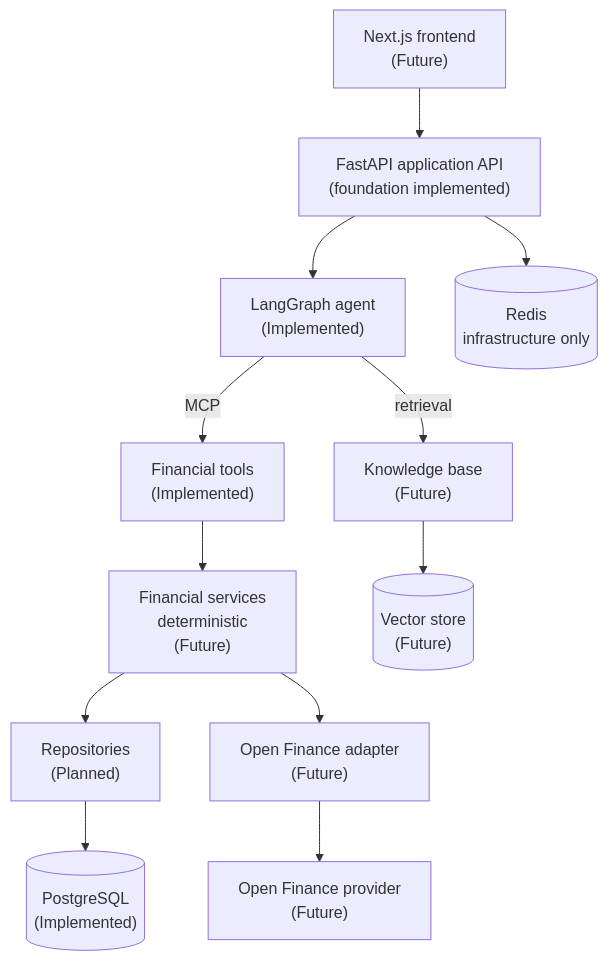
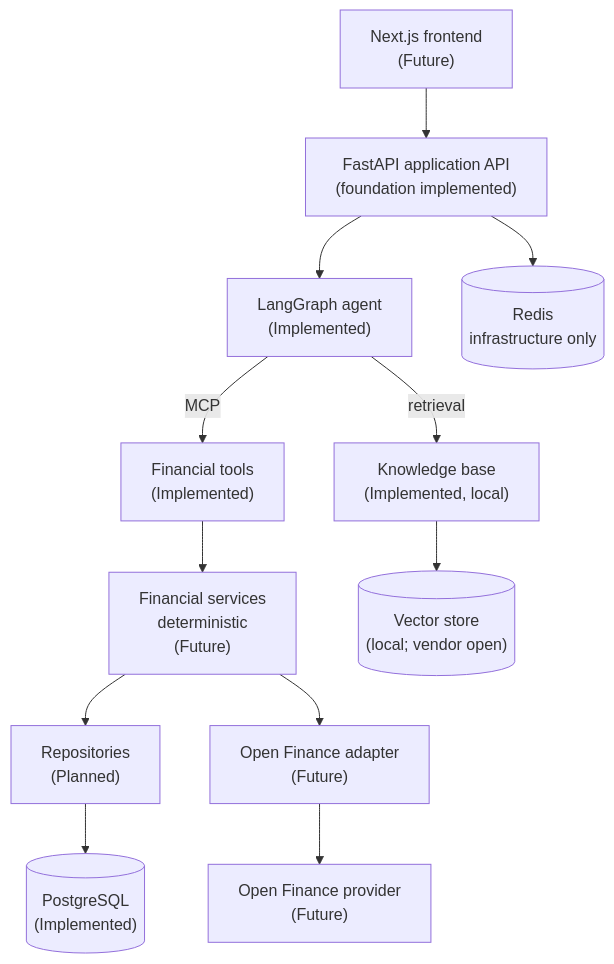
The diagram in README.md (joaopaulodevv/compass), drawn with Mermaid before and after one commit. The commit also changed other lines of this file and 5 other files, not shown here.

First line of the commit message:
docs: document the knowledge base and what is still open

````diff
--- a/README.md
+++ b/README.md
@@ -51,15 +51,15 @@
 ```mermaid
 flowchart TB
     web["Next.js frontend\n(Future)"] --> api
     api["FastAPI application API\n(foundation implemented)"]
     api --> agent["LangGraph agent\n(Implemented)"]
     agent -->|MCP| tools["Financial tools\n(Implemented)"]
-    agent -->|retrieval| rag["Knowledge base\n(Future)"]
+    agent -->|retrieval| rag["Knowledge base\n(Implemented, local)"]
     tools --> services["Financial services\ndeterministic\n(Future)"]
     services --> repos["Repositories\n(Planned)"]
     services --> ofp["Open Finance adapter\n(Future)"]
     repos --> pg[("PostgreSQL\n(Implemented)")]
-    rag --> vec[("Vector store\n(Future)")]
+    rag --> vec[("Vector store\n(local; vendor open)")]
     ofp --> of["Open Finance provider\n(Future)"]
     api --> redis[("Redis\ninfrastructure only")]
 ```
````
